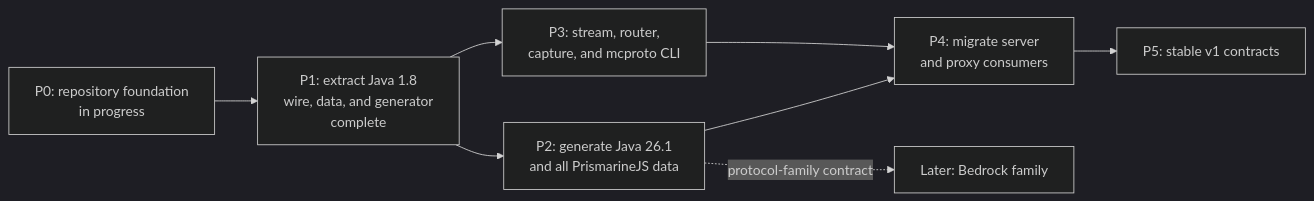
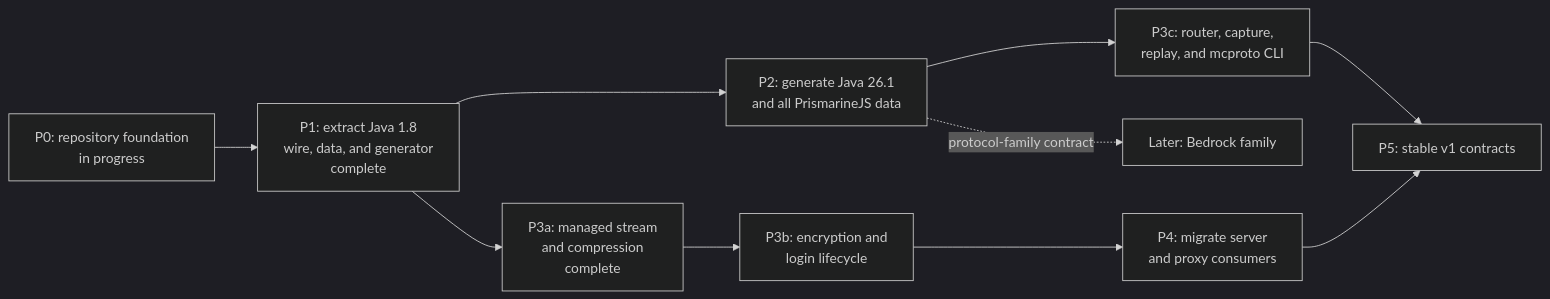
Before and after one commit to go-theft-craft/minecraft-protocol: the diagram in ROADMAP.md, drawn with Mermaid (dark theme). The commit also changed other lines of this file and 2 other files, not shown here.

Commit message:
feat(protocol): add managed streams and compression

````diff
--- a/ROADMAP.md
+++ b/ROADMAP.md
@@ -5,18 +5,22 @@
 ```mermaid
 flowchart LR
     P0["P0: repository foundation<br/>in progress"]
     P1["P1: extract Java 1.8<br/>wire, data, and generator<br/>complete"]
     P2["P2: generate Java 26.1<br/>and all PrismarineJS data"]
-    P3["P3: stream, router,<br/>capture, and mcproto CLI"]
+    P3a["P3a: managed stream<br/>and compression<br/>complete"]
+    P3b["P3b: encryption and<br/>login lifecycle"]
+    P3c["P3c: router, capture,<br/>replay, and mcproto CLI"]
     P4["P4: migrate server<br/>and proxy consumers"]
     P5["P5: stable v1 contracts"]
     PX["Later: Bedrock family"]
 
     P0 --> P1
     P1 --> P2
-    P1 --> P3
-    P2 --> P4
-    P3 --> P4
+    P1 --> P3a
+    P3a --> P3b
+    P3b --> P4
+    P2 --> P3c
+    P3c --> P5
     P4 --> P5
     P2 -. protocol-family contract .-> PX
 ```
````
